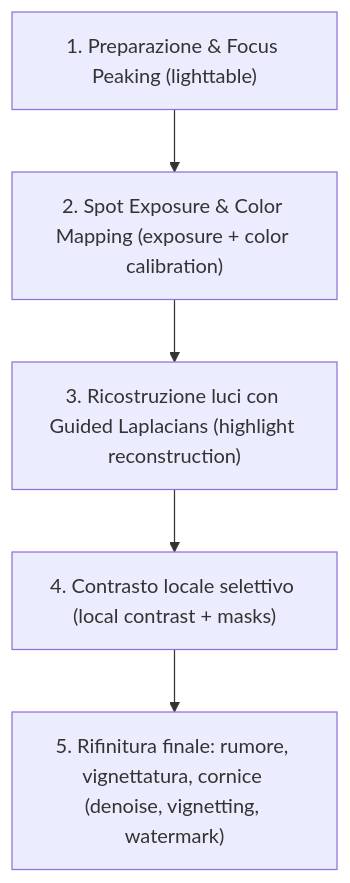
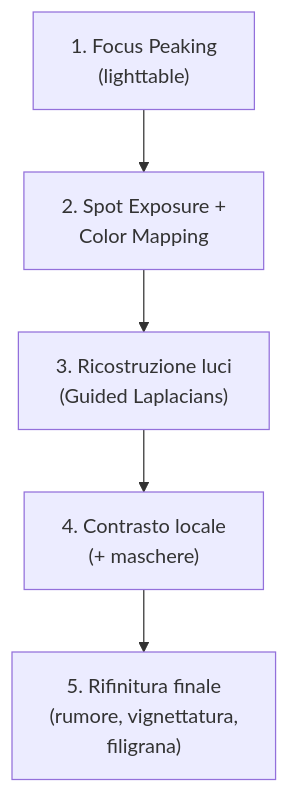
One commit to lorenzoperone/darktable-docs changed the diagram in docs/workshop/macro.md. Above: the diagram before and after it, drawn with Mermaid. The commit also changed 40 other files, not shown here.

First line of the commit message:
fix: reformatta diagrammi Mermaid — etichette brevi, break line, italiano

````diff
--- a/docs/workshop/macro.md
+++ b/docs/workshop/macro.md
@@ -15,4 +15,4 @@
 ```mermaid
 flowchart TD
-    A["1. Preparazione & Focus Peaking (lighttable)"] --> B["2. Spot Exposure & Color Mapping (exposure + color calibration)"] --> C["3. Ricostruzione luci con Guided Laplacians (highlight reconstruction)"] --> D["4. Contrasto locale selettivo (local contrast + masks)"] --> E["5. Rifinitura finale: rumore, vignettatura, cornice (denoise, vignetting, watermark)"]
+    A["1. Focus Peaking<br/>(lighttable)"] --> B["2. Spot Exposure +<br/>Color Mapping"] --> C["3. Ricostruzione luci<br/>(Guided Laplacians)"] --> D["4. Contrasto locale<br/>(+ maschere)"] --> E["5. Rifinitura finale<br/>(rumore, vignettatura,<br/>filigrana)"]
 ```
````
